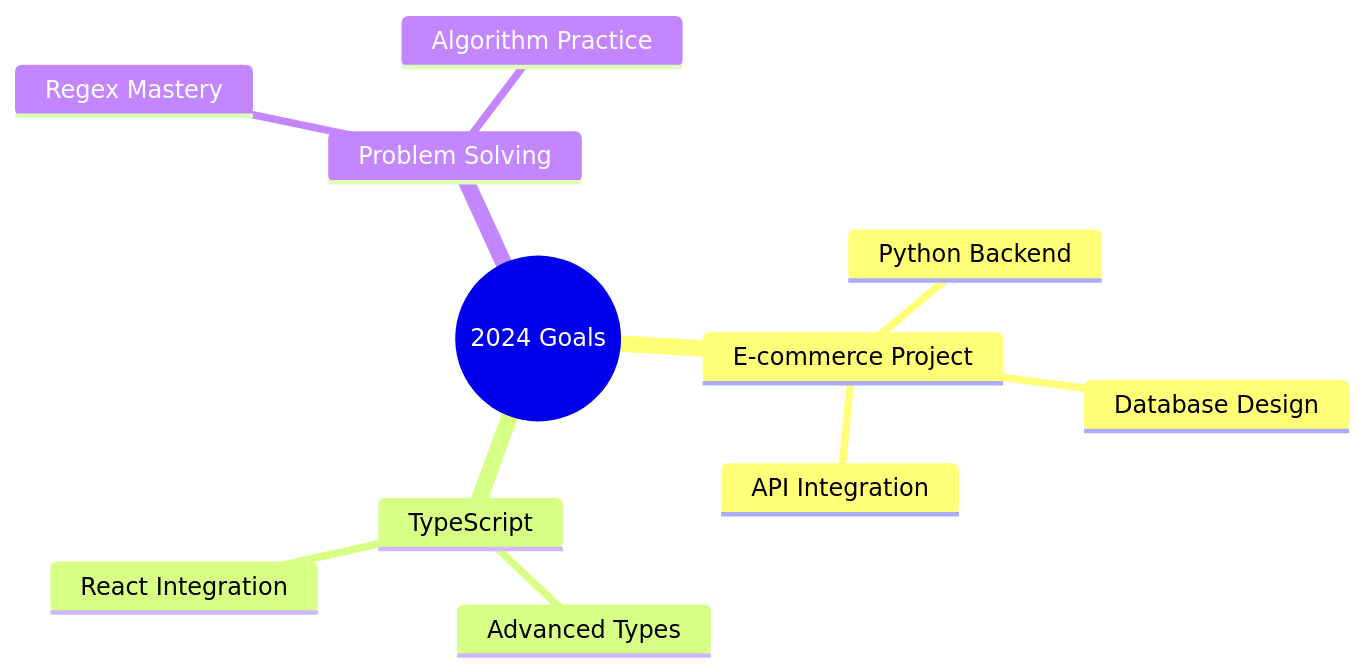
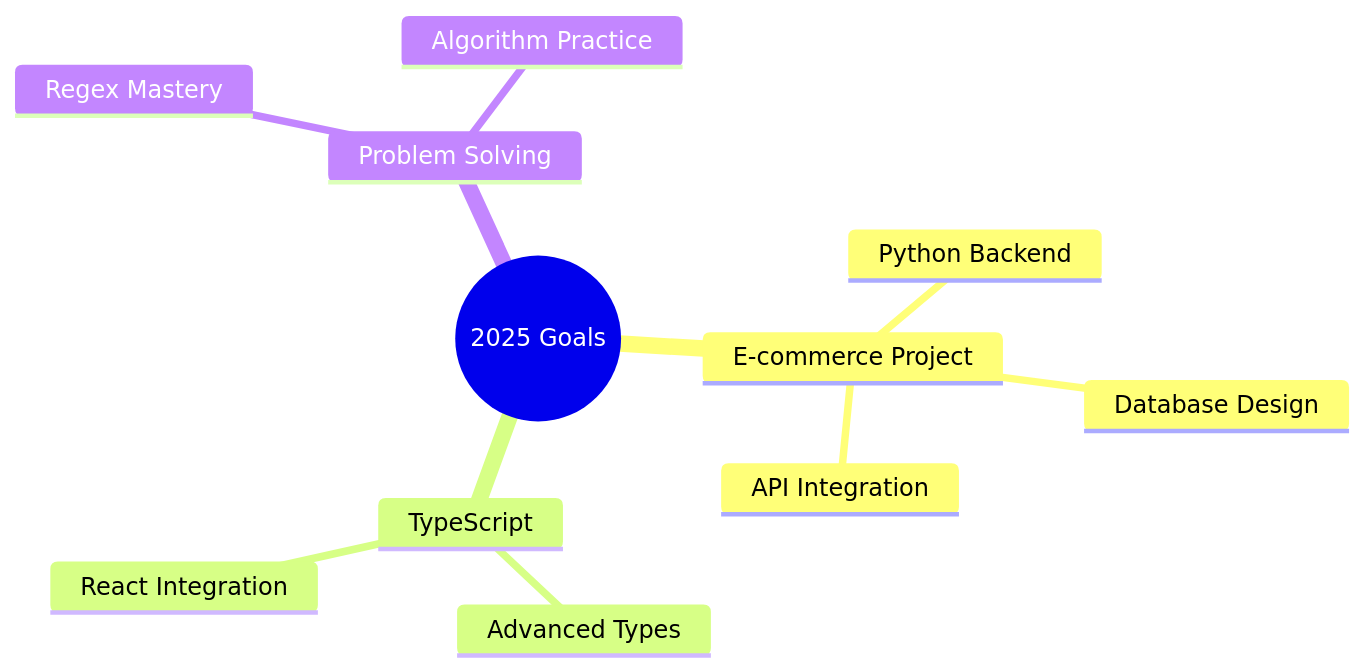
One commit to alokkumar777/alokkumar777 changed the diagram in README.md. Above: the diagram before and after it, drawn with Mermaid.

````diff
--- a/README.md
+++ b/README.md
@@ -75,14 +75,14 @@
 ```mermaid
 mindmap
-  root((2024 Goals))
+  root((2025 Goals))
     E-commerce Project
       Python Backend
       Database Design
       API Integration
     TypeScript
       Advanced Types
       React Integration
     Problem Solving
       Regex Mastery
       Algorithm Practice
 ```
````
